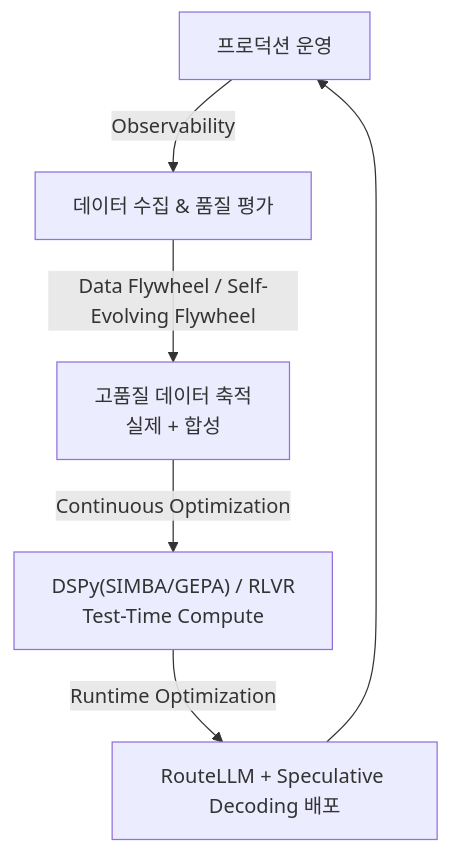
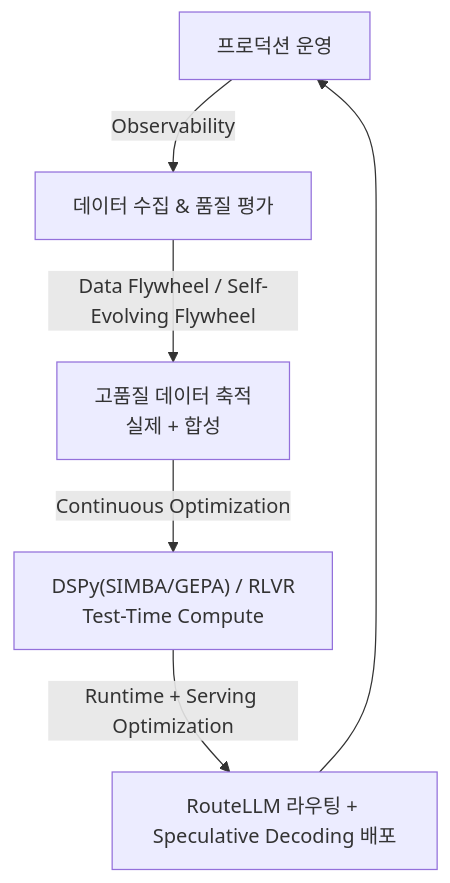
One commit to TaeHunKim/AIEngineeringLLMWiki changed the diagram in wiki/AI/Engineering/Loop_Engineering/Loop_Engineering.md. Above: the diagram before and after it, drawn with Mermaid. The commit also changed other lines of this file and 82 other files, not shown here.

````diff
--- a/wiki/AI/Engineering/Loop_Engineering/Loop_Engineering.md
+++ b/wiki/AI/Engineering/Loop_Engineering/Loop_Engineering.md
@@ -12,8 +12,8 @@
 ```mermaid
 flowchart TD
     A[프로덕션 운영] -->|Observability| B["데이터 수집 & 품질 평가"]
     B -->|"Data Flywheel / Self-Evolving Flywheel"| C["고품질 데이터 축적<br/>실제 + 합성"]
     C -->|Continuous Optimization| D["DSPy(SIMBA/GEPA) / RLVR<br/>Test-Time Compute"]
-    D -->|Runtime Optimization| E["RouteLLM + Speculative Decoding 배포"]
+    D -->|"Runtime + Serving Optimization"| E["RouteLLM 라우팅 + Speculative Decoding 배포"]
     E --> A
 ```
````
